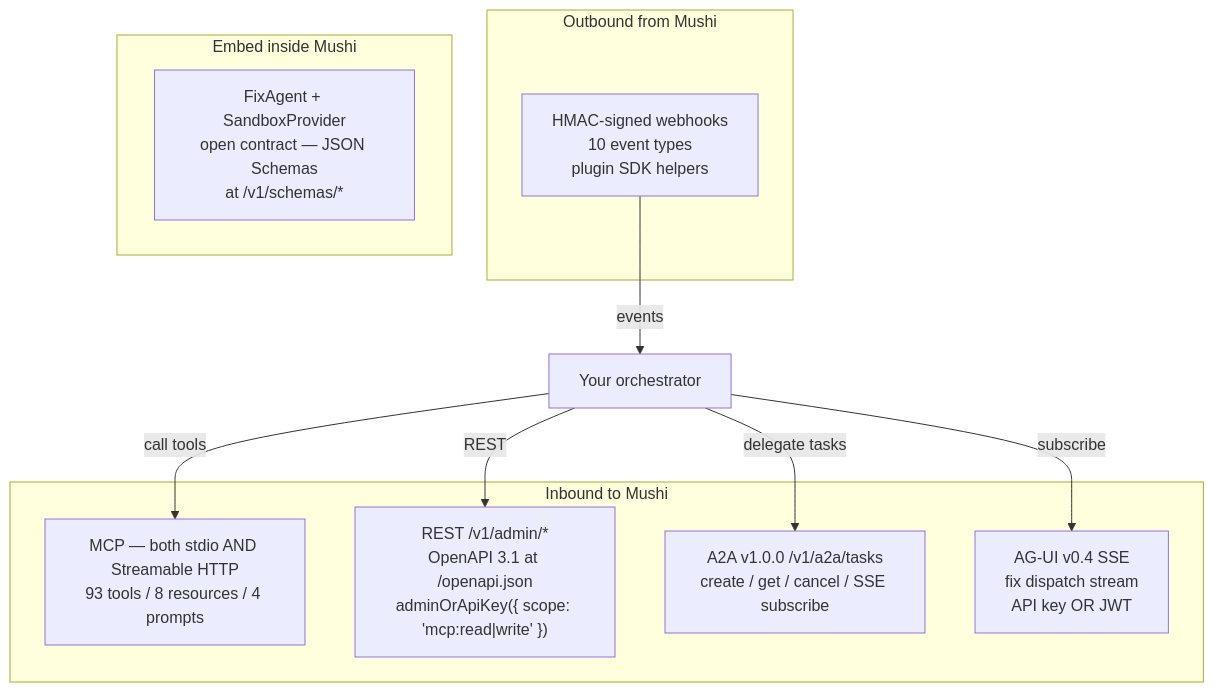
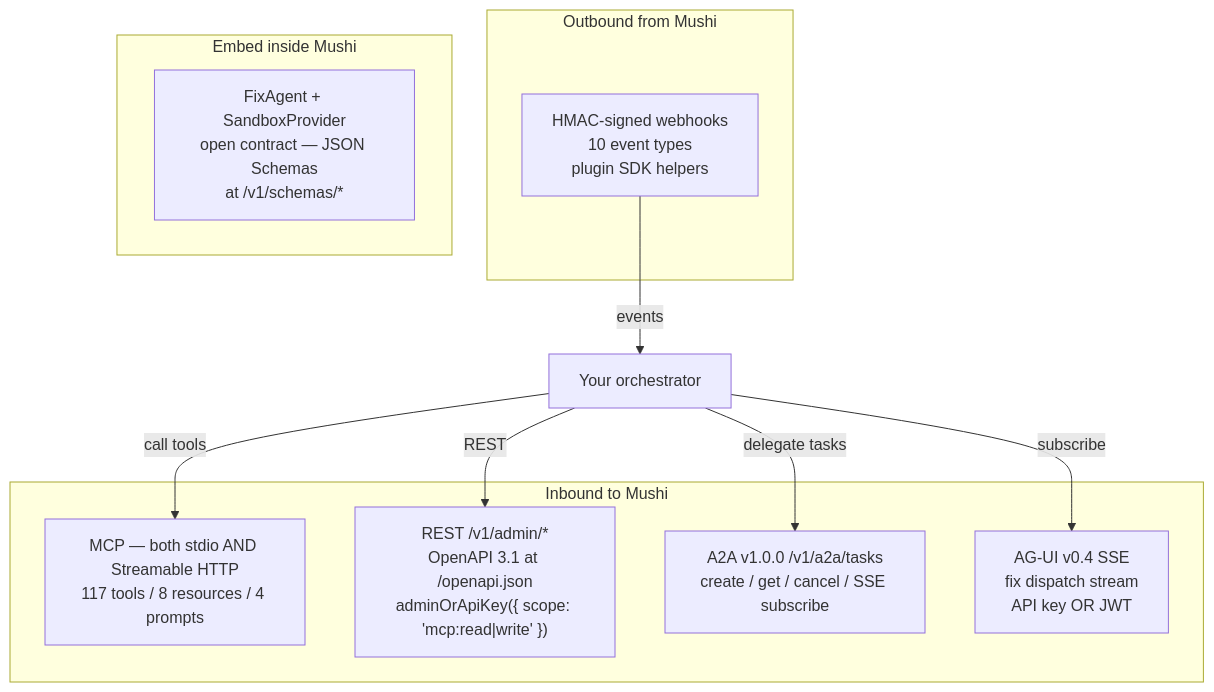
The diagram in apps/docs/content/concepts/orchestrator-interop.mdx (kensaurus/mushi-mushi), drawn with Mermaid before and after one commit. The commit also changed other lines of this file and 7 other files, not shown here.

Commit message:
chore: sync MCP tool counts to 117 and size budgets to this release's new commands and tools

````diff
--- a/apps/docs/content/concepts/orchestrator-interop.mdx
+++ b/apps/docs/content/concepts/orchestrator-interop.mdx
@@ -32,20 +32,20 @@
 ```mermaid
 flowchart TB
   subgraph Inbound["Inbound to Mushi"]
-    MCP["MCP — both stdio AND Streamable HTTP<br/>93 tools / 8 resources / 4 prompts"]
+    MCP["MCP — both stdio AND Streamable HTTP<br/>117 tools / 8 resources / 4 prompts"]
     REST["REST /v1/admin/*<br/>OpenAPI 3.1 at /openapi.json<br/>adminOrApiKey({ scope: 'mcp:read|write' })"]
     A2A["A2A v1.0.0 /v1/a2a/tasks<br/>create / get / cancel / SSE subscribe"]
     AGUI["AG-UI v0.4 SSE<br/>fix dispatch stream<br/>API key OR JWT"]
   end
   subgraph Outbound["Outbound from Mushi"]
     Hooks["HMAC-signed webhooks<br/>10 event types<br/>plugin SDK helpers"]
   end
   subgraph Native["Embed inside Mushi"]
     FA["FixAgent + SandboxProvider<br/>open contract — JSON Schemas<br/>at /v1/schemas/*"]
   end
   Orch["Your orchestrator"] -->|"call tools"| MCP
   Orch -->|"REST"| REST
   Orch -->|"delegate tasks"| A2A
   Orch -->|"subscribe"| AGUI
   Hooks -->|"events"| Orch
 ```
````
